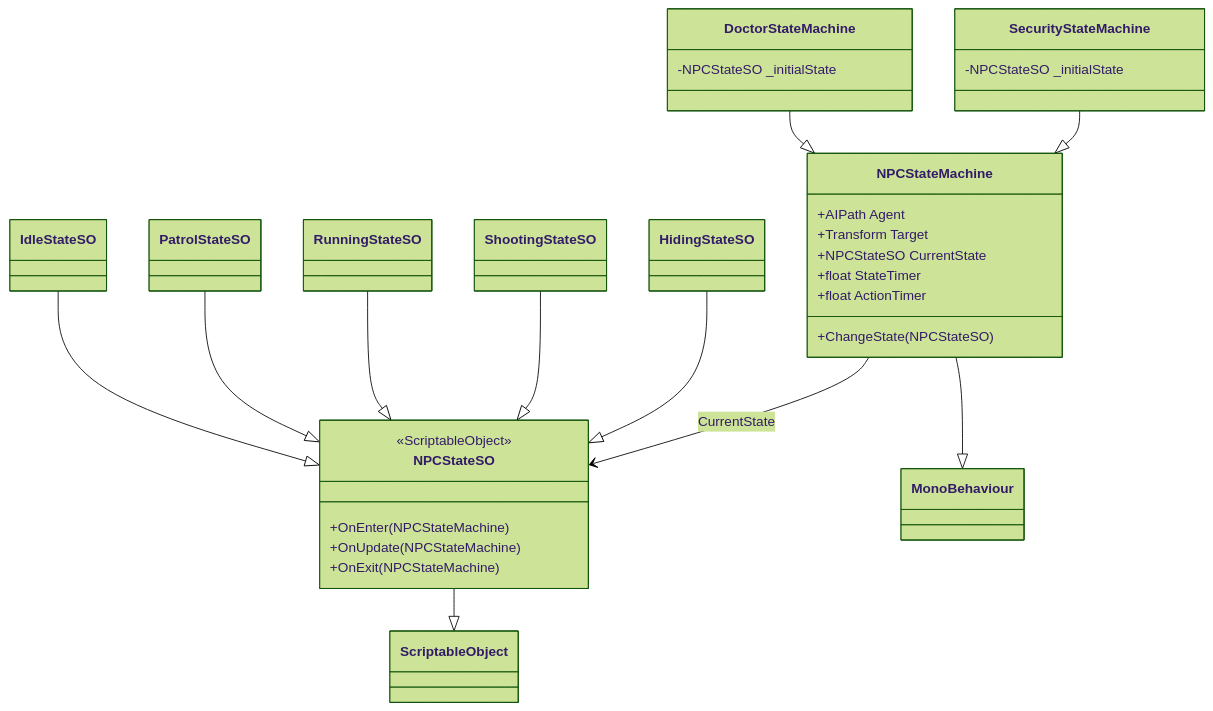
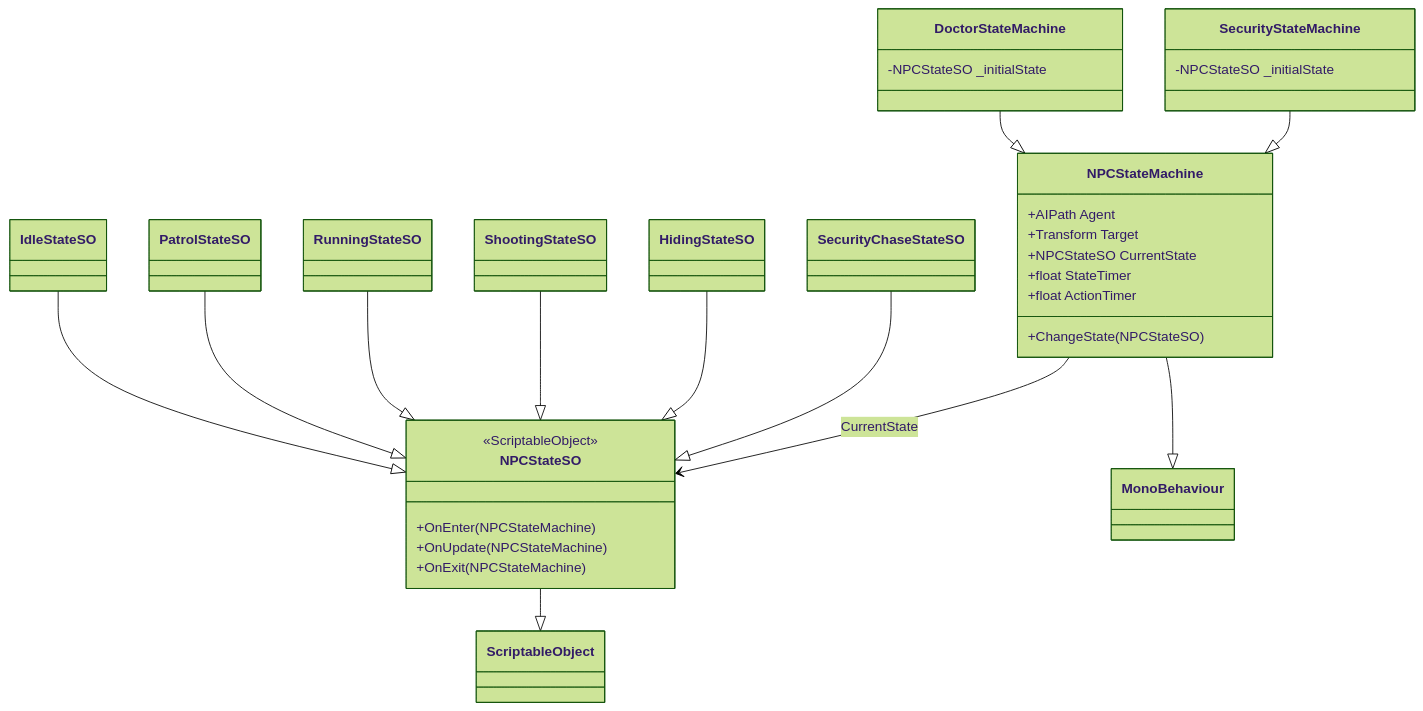
Before and after one commit to Ahmed-Bahaa06/Most4fa-El3basya: the first of 3 diagrams in Assets/_Agents/_AntigravityArtifacts/NPCStateMachineArchitecture.md, drawn with Mermaid (forest theme). The commit also changed other lines of this file and 73 other files, not shown here.

````diff
--- a/Assets/_Agents/_AntigravityArtifacts/NPCStateMachineArchitecture.md
+++ b/Assets/_Agents/_AntigravityArtifacts/NPCStateMachineArchitecture.md
@@ -8,45 +8,47 @@
 ```mermaid
 classDiagram
     class NPCStateMachine {
         +AIPath Agent
         +Transform Target
         +NPCStateSO CurrentState
         +float StateTimer
         +float ActionTimer
         +ChangeState(NPCStateSO)
     }
     
     class DoctorStateMachine {
         -NPCStateSO _initialState
     }
     
     class SecurityStateMachine {
         -NPCStateSO _initialState
     }
     
     class NPCStateSO {
         <<ScriptableObject>>
         +OnEnter(NPCStateMachine)
         +OnUpdate(NPCStateMachine)
         +OnExit(NPCStateMachine)
     }
     
     class IdleStateSO
     class PatrolStateSO
     class RunningStateSO
     class ShootingStateSO
     class HidingStateSO
+    class SecurityChaseStateSO
     
     NPCStateMachine --|> MonoBehaviour
     DoctorStateMachine --|> NPCStateMachine
     SecurityStateMachine --|> NPCStateMachine
     
     NPCStateSO --|> ScriptableObject
     IdleStateSO --|> NPCStateSO
     PatrolStateSO --|> NPCStateSO
     RunningStateSO --|> NPCStateSO
     ShootingStateSO --|> NPCStateSO
     HidingStateSO --|> NPCStateSO
+    SecurityChaseStateSO --|> NPCStateSO
     
     NPCStateMachine --> NPCStateSO : CurrentState
 ```
````
